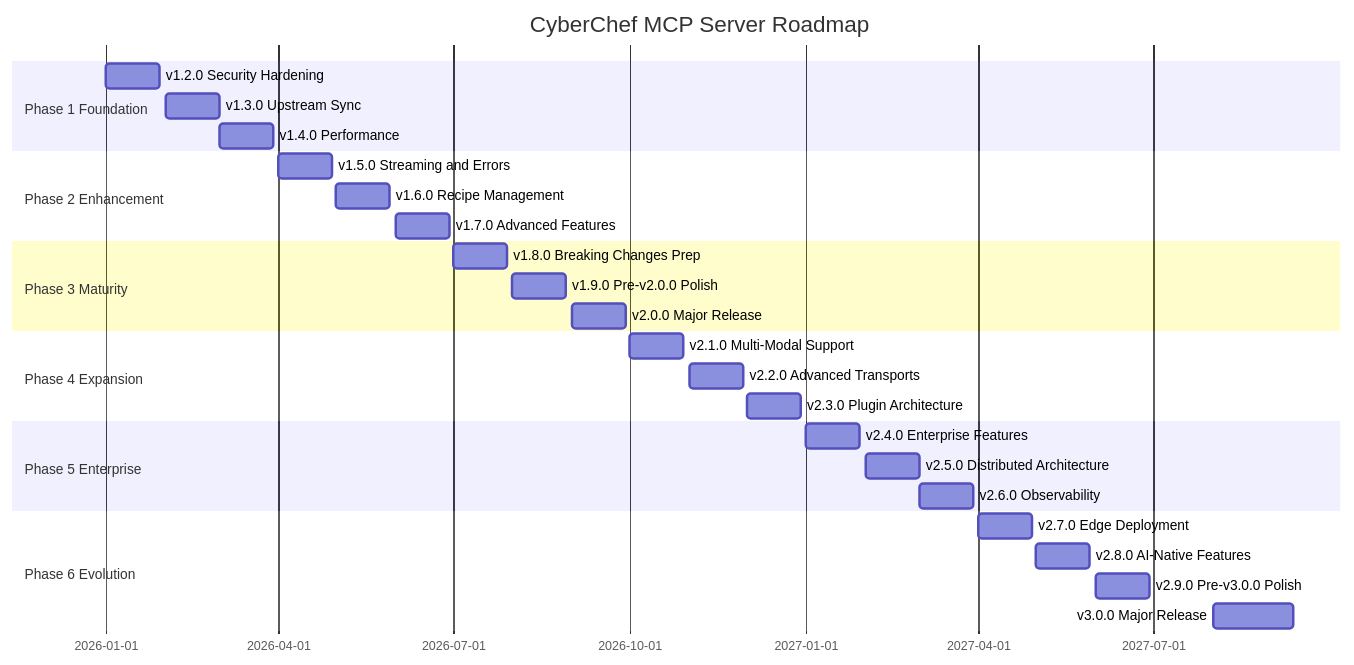
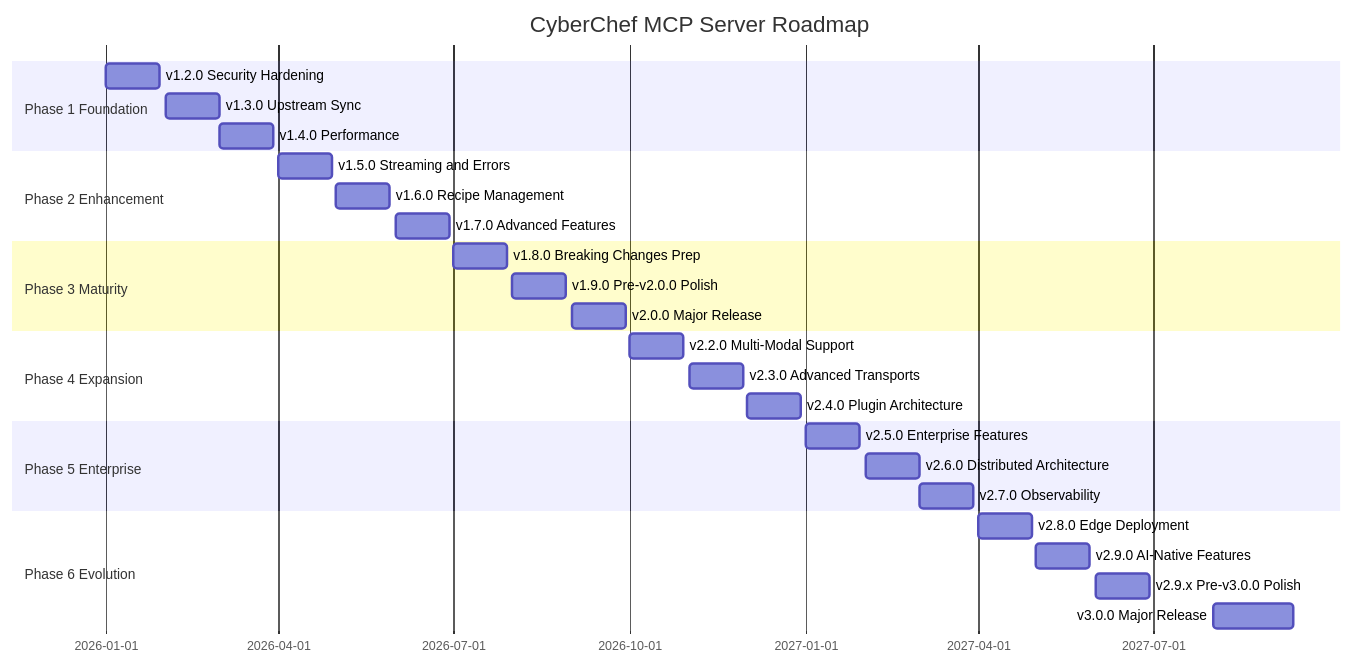
Before and after one commit to doublegate/CyberChef-MCP: the diagram in docs/planning/ROADMAP.md, drawn with Mermaid. The commit also changed other lines of this file and 13 other files, not shown here.

````diff
--- a/docs/planning/ROADMAP.md
+++ b/docs/planning/ROADMAP.md
@@ -46,30 +46,30 @@
 ```mermaid
 gantt
     title CyberChef MCP Server Roadmap
     dateFormat YYYY-MM-DD
     section Phase 1 Foundation
     v1.2.0 Security Hardening           :2026-01-01, 4w
     v1.3.0 Upstream Sync                :2026-02-01, 4w
     v1.4.0 Performance                  :2026-03-01, 4w
     section Phase 2 Enhancement
     v1.5.0 Streaming and Errors         :2026-04-01, 4w
     v1.6.0 Recipe Management            :2026-05-01, 4w
     v1.7.0 Advanced Features            :2026-06-01, 4w
     section Phase 3 Maturity
     v1.8.0 Breaking Changes Prep        :2026-07-01, 4w
     v1.9.0 Pre-v2.0.0 Polish            :2026-08-01, 4w
     v2.0.0 Major Release                :2026-09-01, 4w
     section Phase 4 Expansion
-    v2.1.0 Multi-Modal Support          :2026-10-01, 4w
-    v2.2.0 Advanced Transports          :2026-11-01, 4w
-    v2.3.0 Plugin Architecture          :2026-12-01, 4w
+    v2.2.0 Multi-Modal Support          :2026-10-01, 4w
+    v2.3.0 Advanced Transports          :2026-11-01, 4w
+    v2.4.0 Plugin Architecture          :2026-12-01, 4w
     section Phase 5 Enterprise
-    v2.4.0 Enterprise Features          :2027-01-01, 4w
-    v2.5.0 Distributed Architecture     :2027-02-01, 4w
-    v2.6.0 Observability                :2027-03-01, 4w
+    v2.5.0 Enterprise Features          :2027-01-01, 4w
+    v2.6.0 Distributed Architecture     :2027-02-01, 4w
+    v2.7.0 Observability                :2027-03-01, 4w
     section Phase 6 Evolution
-    v2.7.0 Edge Deployment              :2027-04-01, 4w
-    v2.8.0 AI-Native Features           :2027-05-01, 4w
-    v2.9.0 Pre-v3.0.0 Polish            :2027-06-01, 4w
+    v2.8.0 Edge Deployment              :2027-04-01, 4w
+    v2.9.0 AI-Native Features           :2027-05-01, 4w
+    v2.9.x Pre-v3.0.0 Polish            :2027-06-01, 4w
     v3.0.0 Major Release                :2027-08-01, 6w
 ```
````
